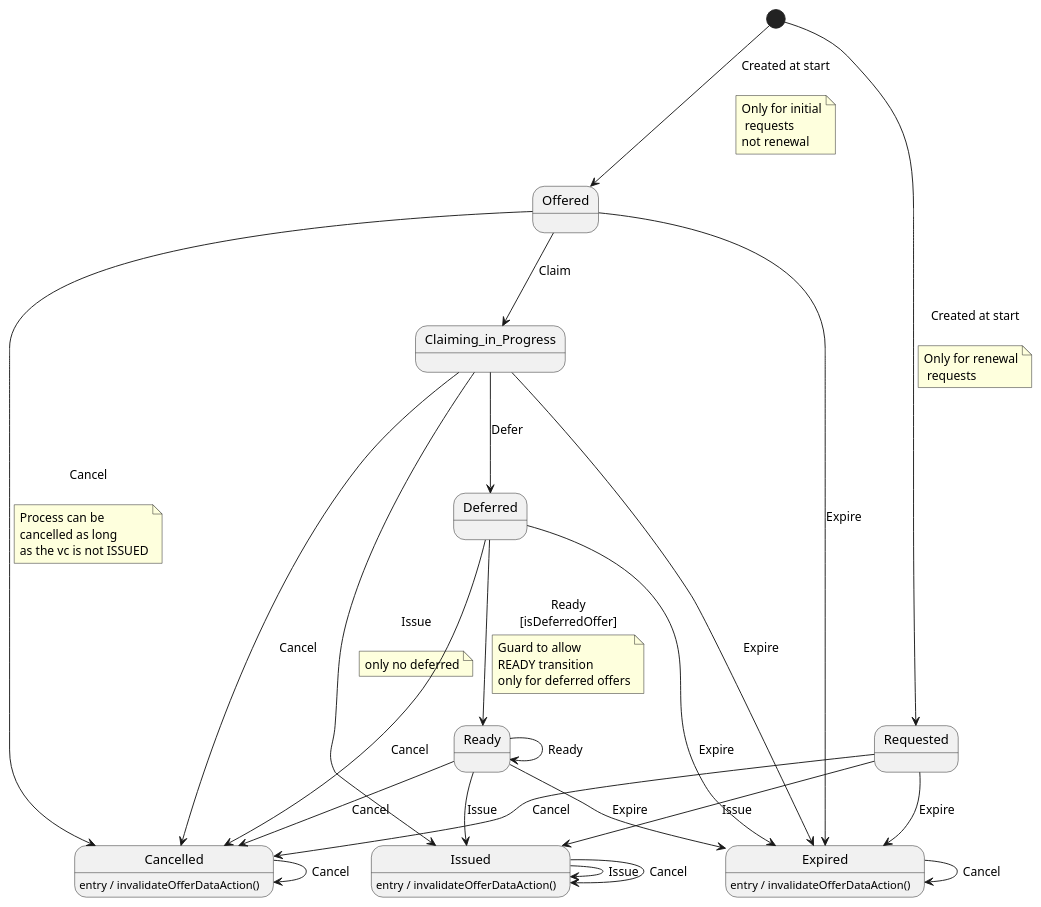
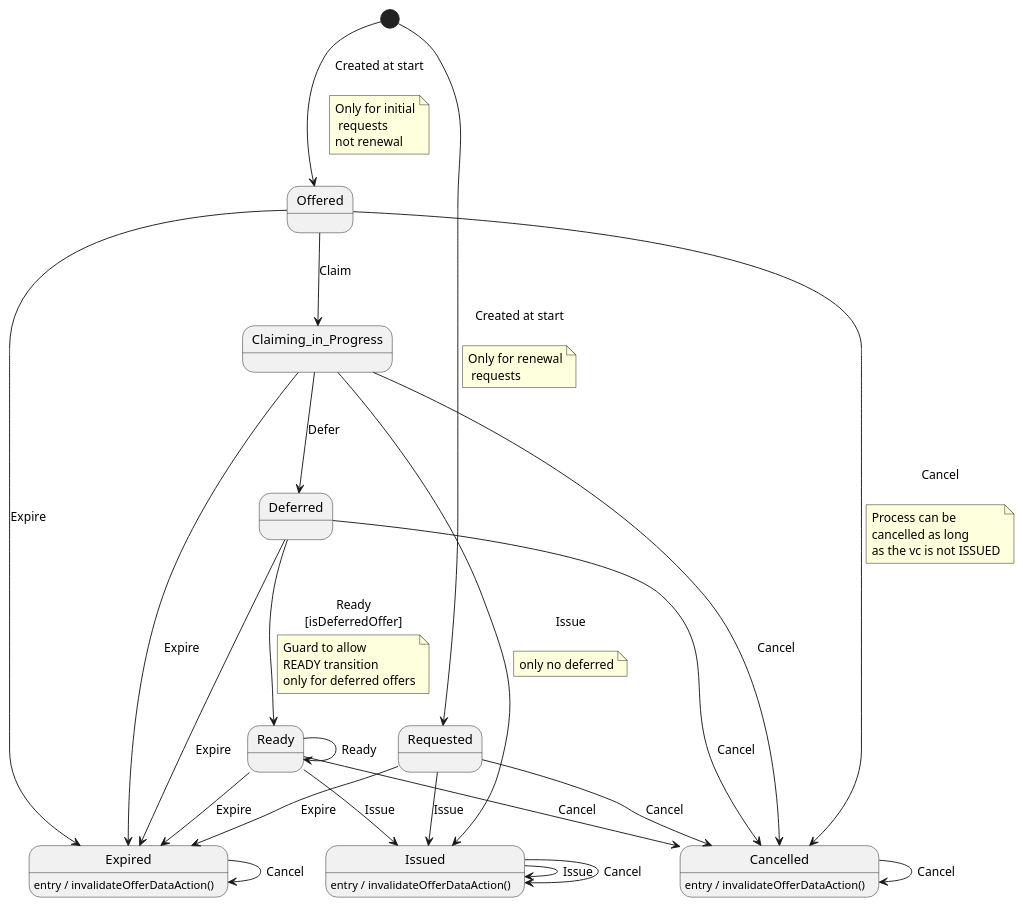
Before and after one commit to swiyu-admin-ch/swiyu-issuer: the diagram in issuer-service/src/main/resources/plantuml/credentialOfferStateMachine.puml, drawn with PlantUML. The commit also changed 2 other files, not shown here.

```diff
--- a/issuer-service/src/main/resources/plantuml/credentialOfferStateMachine.puml
+++ b/issuer-service/src/main/resources/plantuml/credentialOfferStateMachine.puml
@@ -1,61 +1,60 @@
 @startuml
-state Cancelled
+state Cancelled  :entry / invalidateOfferDataAction()
 state Claiming_in_Progress
+state Deferred
 state Expired  :entry / invalidateOfferDataAction()
+state Issued  :entry / invalidateOfferDataAction()
 state Offered
+state Ready
 state Requested
-state Cancelled  :entry / invalidateOfferDataAction()
-state Deferred
-state Issued  :entry / invalidateOfferDataAction()
-state Ready
 [*] --> Offered : Created at start\n
 note on link
 Only for initial
  requests
 not renewal
 end note
 
 [*] --> Requested : Created at start\n
 note on link
 Only for renewal
  requests
 end note
 
 Requested --> Issued : Issue
 Requested --> Cancelled : Cancel
 Requested --> Expired : Expire
 Offered --> Cancelled : Cancel\n
 note on link
 Process can be
 cancelled as long
 as the vc is not ISSUED
 end note
 
 Offered --> Expired : Expire
 Offered --> Claiming_in_Progress : Claim
 Claiming_in_Progress --> Expired : Expire
 Claiming_in_Progress --> Deferred : Defer
 Claiming_in_Progress --> Issued : Issue\n
 note on link
 only no deferred
 end note
 
 Claiming_in_Progress --> Cancelled : Cancel
 Deferred --> Ready : Ready\n[isDeferredOffer]
 note on link
 Guard to allow
 READY transition
 only for deferred offers
 end note
 
 Deferred --> Expired : Expire
 Deferred --> Cancelled : Cancel
 Ready --> Issued : Issue
 Ready --> Expired : Expire
 Ready --> Cancelled : Cancel
 Ready --> Ready : Ready
 Issued --> Issued : Issue
 Issued --> Issued : Cancel
 Cancelled --> Cancelled : Cancel
 Expired --> Expired : Cancel
 @enduml
```
